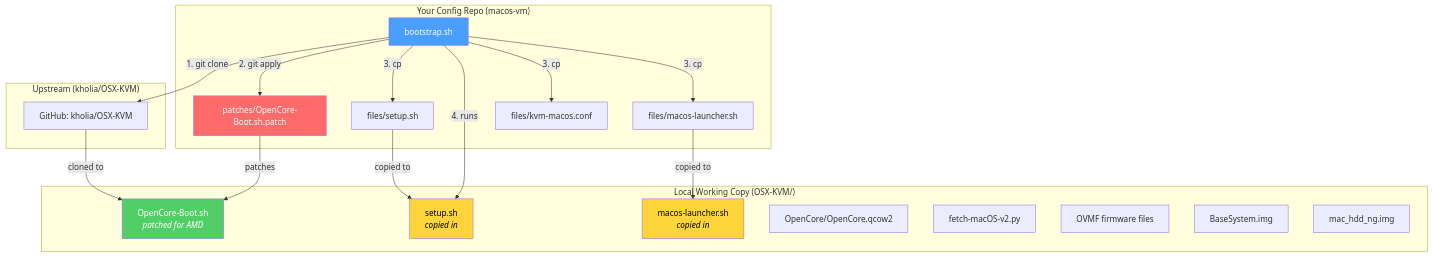
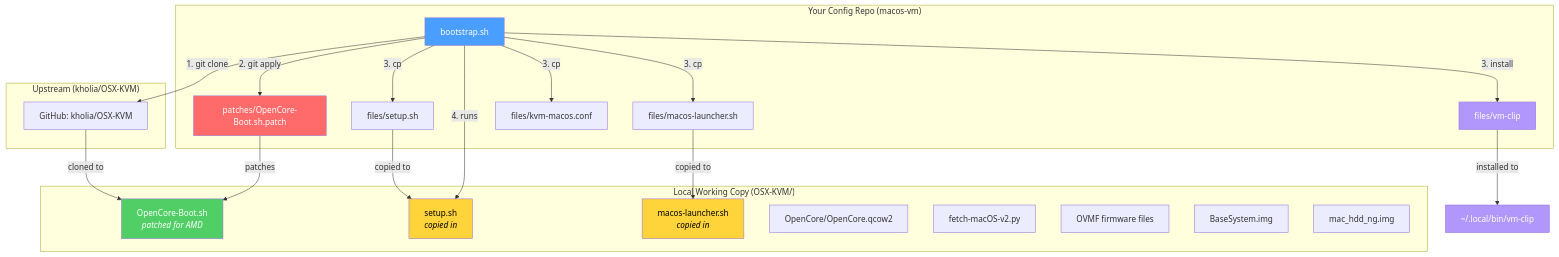
One commit to prideofszeged/macos-vm changed the first of 11 diagrams in docs/architecture.md. Above: the diagram before and after it, drawn with Mermaid. The commit also changed other lines of this file, not shown here.

First line of the commit message:
Add vm-clip to architecture docs

````diff
--- a/docs/architecture.md
+++ b/docs/architecture.md
@@ -7,42 +7,47 @@
 ```mermaid
 graph TB
     subgraph "Your Config Repo (macos-vm)"
         BS[bootstrap.sh]
         PATCH[patches/OpenCore-Boot.sh.patch]
         SETUP[files/setup.sh]
         LAUNCHER[files/macos-launcher.sh]
         KVMCONF[files/kvm-macos.conf]
+        VMCLIP[files/vm-clip]
     end
 
     subgraph "Upstream (kholia/OSX-KVM)"
         UPSTREAM[GitHub: kholia/OSX-KVM]
     end
 
     subgraph "Local Working Copy (OSX-KVM/)"
         OC[OpenCore-Boot.sh<br><i>patched for AMD</i>]
         SETUP2[setup.sh<br><i>copied in</i>]
         LAUNCHER2[macos-launcher.sh<br><i>copied in</i>]
         OPENCORE[OpenCore/OpenCore.qcow2]
         FETCH[fetch-macOS-v2.py]
         OVMF[OVMF firmware files]
         BASE[BaseSystem.img]
         HDD[mac_hdd_ng.img]
     end
 
     BS -->|"1. git clone"| UPSTREAM
     UPSTREAM -->|cloned to| OC
     BS -->|"2. git apply"| PATCH
     PATCH -->|patches| OC
     BS -->|"3. cp"| SETUP
     BS -->|"3. cp"| LAUNCHER
     BS -->|"3. cp"| KVMCONF
     SETUP -->|copied to| SETUP2
     LAUNCHER -->|copied to| LAUNCHER2
     BS -->|"4. runs"| SETUP2
+    BS -->|"3. install"| VMCLIP
+    VMCLIP -->|installed to| VMCLIP2["~/.local/bin/vm-clip"]
 
     style BS fill:#4a9eff,color:#fff
     style PATCH fill:#ff6b6b,color:#fff
     style OC fill:#51cf66,color:#fff
     style SETUP2 fill:#ffd43b,color:#000
     style LAUNCHER2 fill:#ffd43b,color:#000
+    style VMCLIP fill:#b197fc,color:#fff
+    style VMCLIP2 fill:#b197fc,color:#fff
 ```
````
